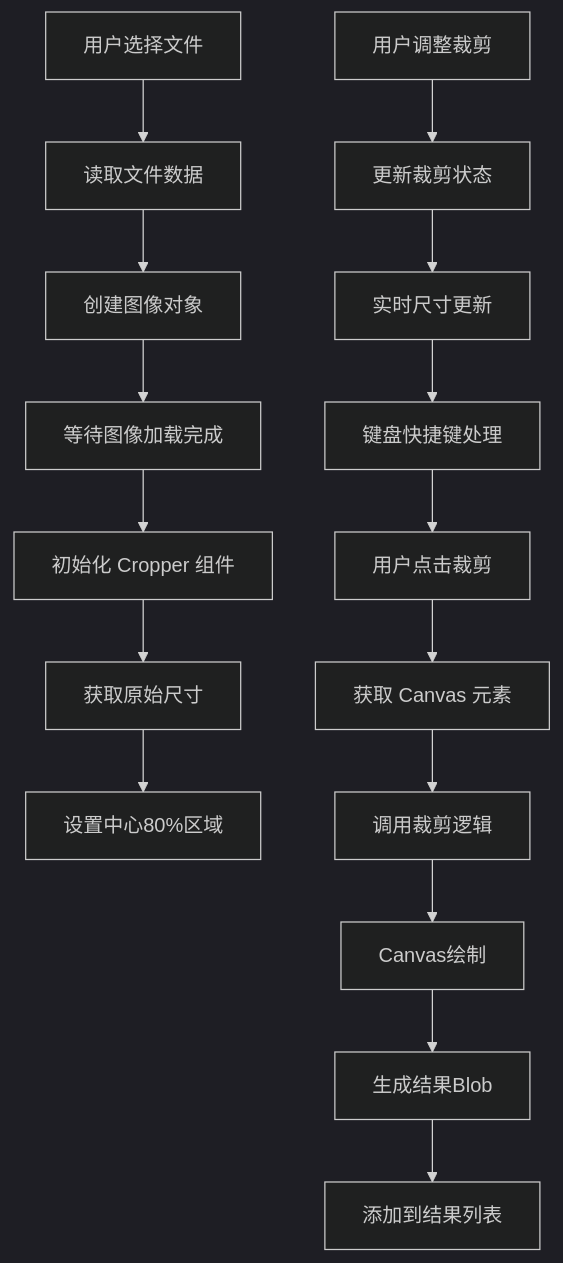
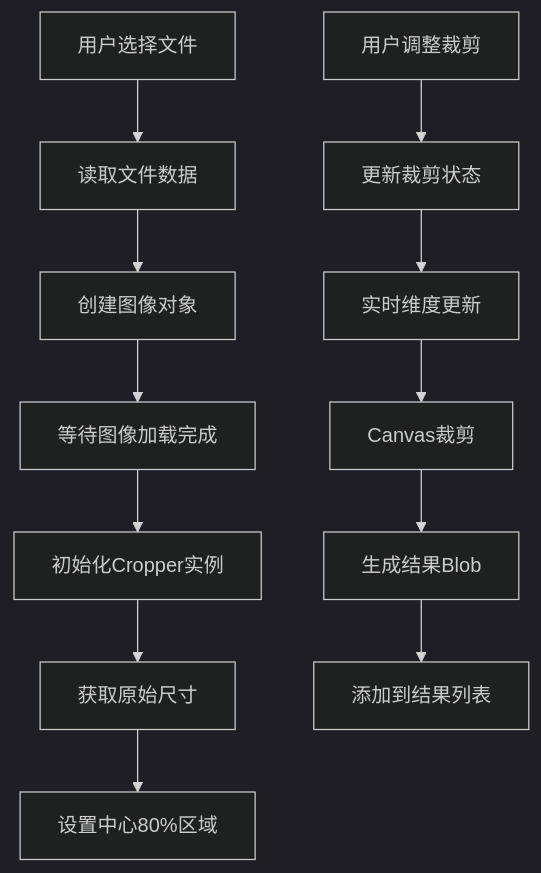
The fifth of 12 diagrams in .qoder/repowiki/zh/content/图像工具/图像裁剪.md (sgyy/privadeck), drawn with Mermaid (dark theme) before and after one commit. The commit also changed other lines of this file and 23 other files, not shown here.

````diff
--- a/.qoder/repowiki/zh/content/图像工具/图像裁剪.md
+++ b/.qoder/repowiki/zh/content/图像工具/图像裁剪.md
@@ -243,18 +246,14 @@
 ```mermaid
 flowchart TD
 A[用户选择文件] --> B[读取文件数据]
 B --> C[创建图像对象]
 C --> D[等待图像加载完成]
-D --> E[初始化 Cropper 组件]
+D --> E[初始化Cropper实例]
 E --> F[获取原始尺寸]
 F --> G[设置中心80%区域]
 H[用户调整裁剪] --> I[更新裁剪状态]
-I --> J[实时尺寸更新]
-J --> K[键盘快捷键处理]
-K --> L[用户点击裁剪]
-L --> M[获取 Canvas 元素]
-M --> N[调用裁剪逻辑]
-N --> O[Canvas绘制]
-O --> P[生成结果Blob]
-P --> Q[添加到结果列表]
+I --> J[实时维度更新]
+J --> K[Canvas裁剪]
+K --> L[生成结果Blob]
+L --> M[添加到结果列表]
 ```
````
